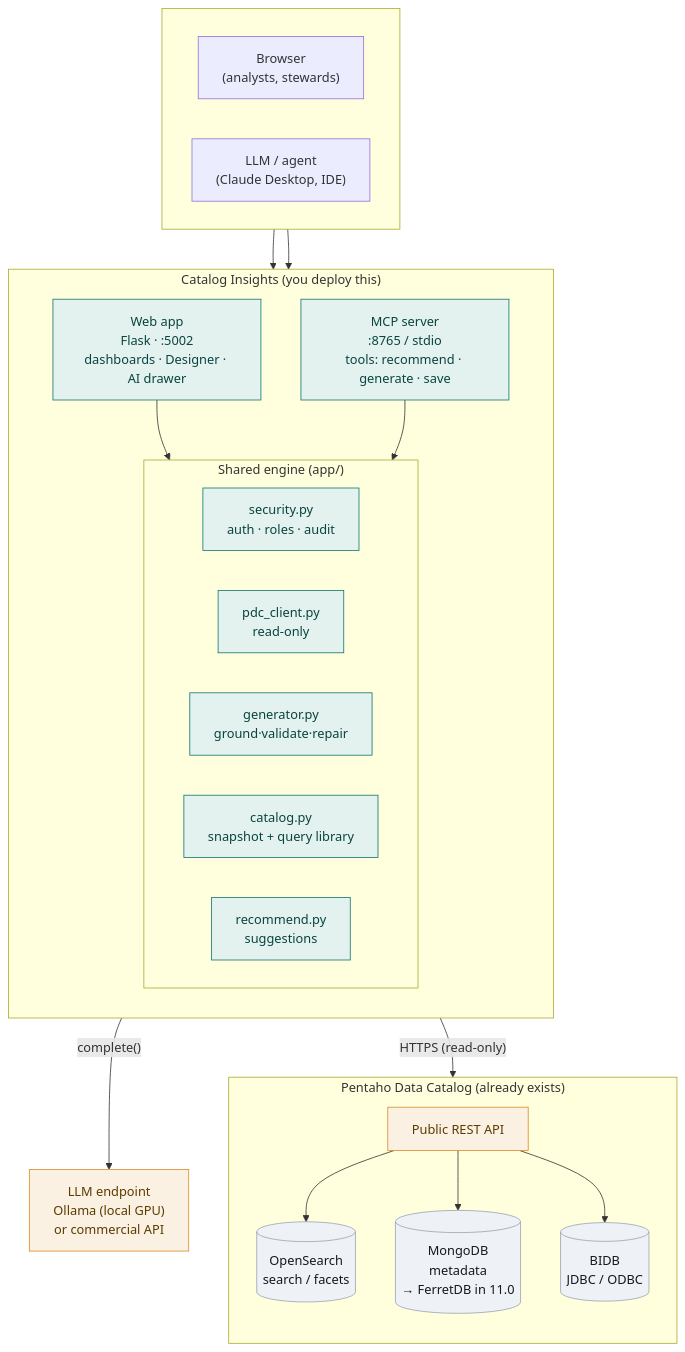
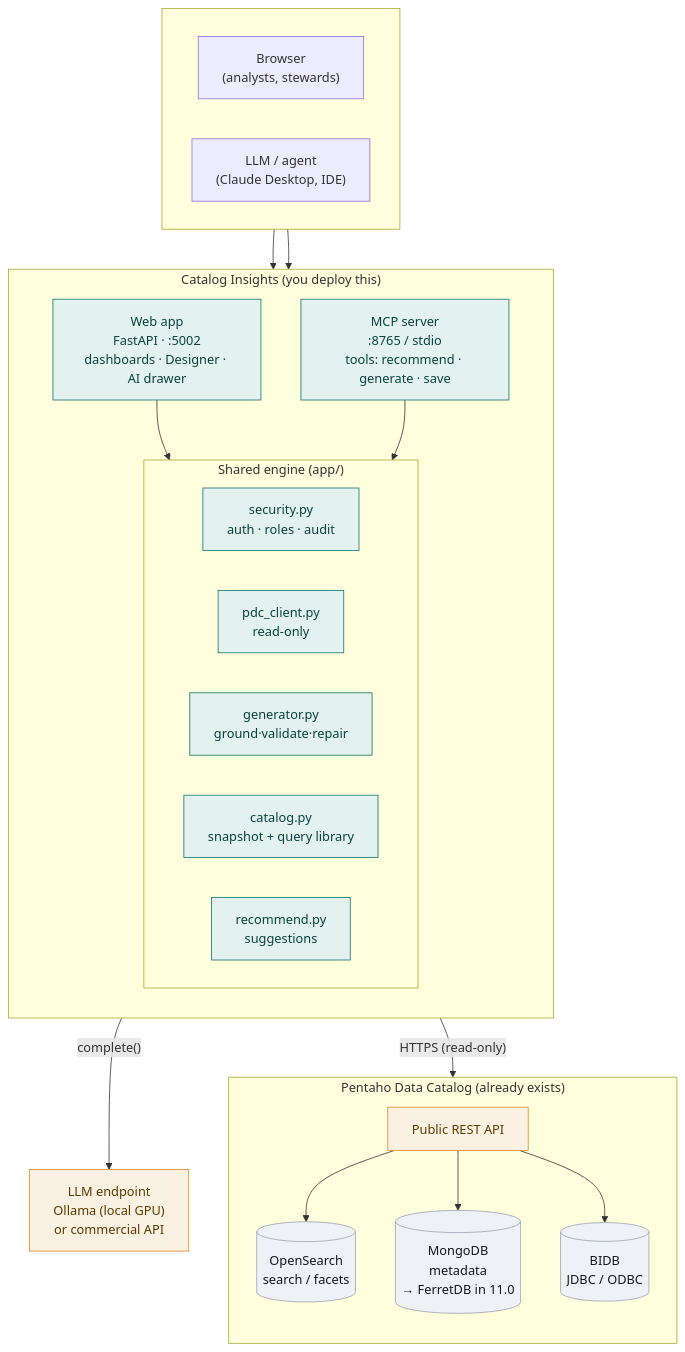
The first of 5 diagrams in docs/DIAGRAMS.md (jporeilly/PDC-Insights), drawn with Mermaid before and after one commit. The commit also changed 47 other files, not shown here.

First line of the commit message:
1.13.0 - FastAPI port + React UI: the suite is now uniform

````diff
--- a/docs/DIAGRAMS.md
+++ b/docs/DIAGRAMS.md
@@ -15,48 +15,48 @@
 ```mermaid
 %% System architecture — two front doors over one shared engine
 flowchart TB
   subgraph clients[" "]
     direction LR
     U1["Browser<br/>(analysts, stewards)"]
     U2["LLM / agent<br/>(Claude Desktop, IDE)"]
   end
 
   subgraph insights["Catalog Insights (you deploy this)"]
     direction TB
-    WEB["Web app<br/>Flask · :5002<br/>dashboards · Designer · AI drawer"]
+    WEB["Web app<br/>FastAPI · :5002<br/>dashboards · Designer · AI drawer"]
     MCP["MCP server<br/>:8765 / stdio<br/>tools: recommend · generate · save"]
     subgraph engine["Shared engine (app/)"]
       direction LR
       SEC["security.py<br/>auth · roles · audit"]
       PC["pdc_client.py<br/>read-only"]
       GEN["generator.py<br/>ground·validate·repair"]
       CAT["catalog.py<br/>snapshot + query library"]
       REC["recommend.py<br/>suggestions"]
     end
     WEB --> engine
     MCP --> engine
   end
 
   subgraph pdc["Pentaho Data Catalog (already exists)"]
     direction TB
     API["Public REST API"]
     OS[("OpenSearch<br/>search / facets")]
     MG[("MongoDB<br/>metadata<br/>→ FerretDB in 11.0")]
     BI[("BIDB<br/>JDBC / ODBC")]
     API --> OS
     API --> MG
     API --> BI
   end
 
   LLM["LLM endpoint<br/>Ollama (local GPU)<br/>or commercial API"]
 
   U1 --> WEB
   U2 --> MCP
   PC -- "HTTPS (read-only)" --> API
   GEN -- "complete()" --> LLM
 
   classDef store fill:#eef2f7,stroke:#9aa4b2,color:#14181f;
   classDef ours fill:#e3f1ef,stroke:#0f766e,color:#0a443f;
   classDef ext fill:#fbf1e2,stroke:#dd8a26,color:#5c3b00;
   class OS,MG,BI store; class WEB,MCP,SEC,PC,GEN,CAT,REC ours; class API,LLM ext;
 ```
````
